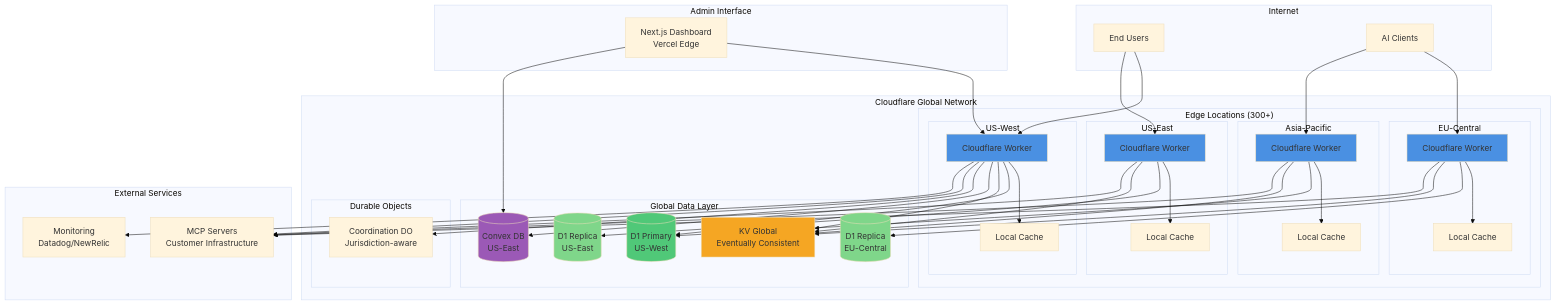
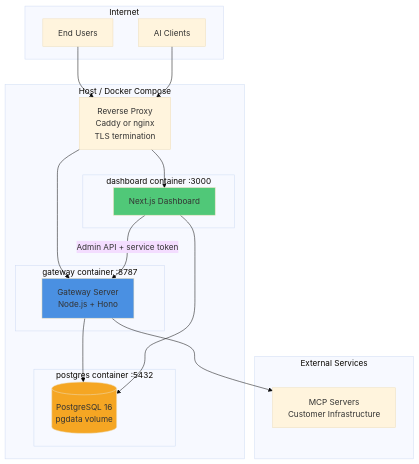
The fourth of 4 diagrams in docs/architecture/diagrams.md (TevBenji/OAuth-2.1-MCP-Gateway), drawn with Mermaid (base theme) before and after one commit. The commit also changed other lines of this file and 75 other files, not shown here.

````diff
--- a/docs/architecture/diagrams.md
+++ b/docs/architecture/diagrams.md
@@ -199,93 +183,37 @@
         AI[AI Clients]
     end
 
-    subgraph "Cloudflare Global Network"
-        subgraph "Edge Locations (300+)"
-            subgraph "US-West"
-                WorkerUSW[Cloudflare Worker]
-                CacheUSW[Local Cache]
-            end
+    subgraph "Host / Docker Compose"
+        Proxy[Reverse Proxy<br/>Caddy or nginx<br/>TLS termination]
 
-            subgraph "US-East"
-                WorkerUSE[Cloudflare Worker]
-                CacheUSE[Local Cache]
-            end
-
-            subgraph "EU-Central"
-                WorkerEU[Cloudflare Worker]
-                CacheEU[Local Cache]
-            end
-
-            subgraph "Asia-Pacific"
-                WorkerAP[Cloudflare Worker]
-                CacheAP[Local Cache]
-            end
+        subgraph "gateway container :8787"
+            GW[Gateway Server<br/>Node.js + Hono]
         end
 
-        subgraph "Global Data Layer"
-            D1Primary[(D1 Primary<br/>US-West)]
-            D1Replica1[(D1 Replica<br/>US-East)]
-            D1Replica2[(D1 Replica<br/>EU-Central)]
-
-            KVGlobal[KV Global<br/>Eventually Consistent]
-
-            ConvexDB[(Convex DB<br/>US-East)]
+        subgraph "dashboard container :3000"
+            Dash[Next.js Dashboard]
         end
 
-        subgraph "Durable Objects"
-            DOCoordinator[Coordination DO<br/>Jurisdiction-aware]
+        subgraph "postgres container :5432"
+            PG[(PostgreSQL 16<br/>pgdata volume)]
         end
     end
 
     subgraph "External Services"
         MCPServers[MCP Servers<br/>Customer Infrastructure]
-        Monitoring[Monitoring<br/>Datadog/NewRelic]
     end
 
-    subgraph "Admin Interface"
-        Dashboard[Next.js Dashboard<br/>Vercel Edge]
-    end
+    User --> Proxy
+    AI --> Proxy
+    Proxy --> GW
+    Proxy --> Dash
 
-    User --> WorkerUSW
-    User --> WorkerUSE
-    AI --> WorkerEU
-    AI --> WorkerAP
+    GW --> PG
+    Dash --> PG
+    Dash -->|Admin API + service token| GW
+    GW --> MCPServers
 
-    WorkerUSW --> CacheUSW
-    WorkerUSE --> CacheUSE
-    WorkerEU --> CacheEU
-    WorkerAP --> CacheAP
-
-    WorkerUSW --> D1Primary
-    WorkerUSE --> D1Replica1
-    WorkerEU --> D1Replica2
-    WorkerAP --> D1Primary
-
-    WorkerUSW --> KVGlobal
-    WorkerUSE --> KVGlobal
-    WorkerEU --> KVGlobal
-    WorkerAP --> KVGlobal
-
-    WorkerUSW --> ConvexDB
-    WorkerUSW --> DOCoordinator
-
-    WorkerUSW --> MCPServers
-    WorkerUSE --> MCPServers
-    WorkerEU --> MCPServers
-    WorkerAP --> MCPServers
-
-    WorkerUSW --> Monitoring
-
-    Dashboard --> WorkerUSW
-    Dashboard --> ConvexDB
-
-    style WorkerUSW fill:#4A90E2
-    style WorkerUSE fill:#4A90E2
-    style WorkerEU fill:#4A90E2
-    style WorkerAP fill:#4A90E2
-    style D1Primary fill:#50C878
-    style D1Replica1 fill:#7FD68A
-    style D1Replica2 fill:#7FD68A
-    style KVGlobal fill:#F5A623
-    style ConvexDB fill:#9B59B6
+    style GW fill:#4A90E2
+    style Dash fill:#50C878
+    style PG fill:#F5A623
 ```
````
